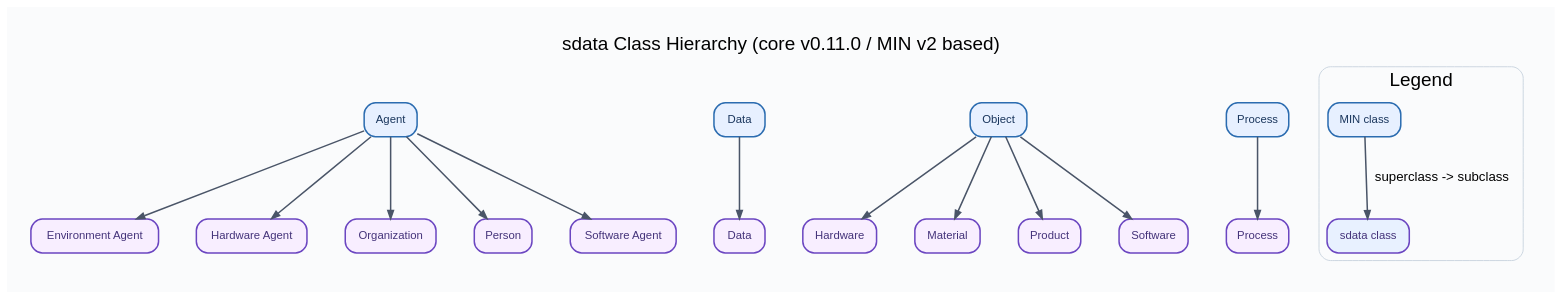
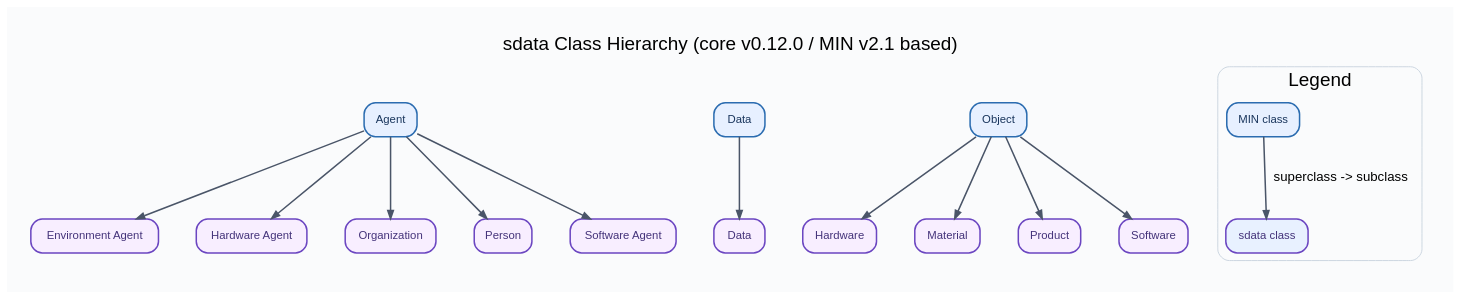
One commit to lepy/sdata-ontology changed the diagram in docs/diagrams/sdata-class-hierarchy.dot. Above: the diagram before and after it, drawn with Graphviz. The commit also changed 53 other files, not shown here.

Commit message:
Update to sdata-core v0.12.0 and MIN v2.1.0; refresh plots/docs

```diff
--- a/docs/diagrams/sdata-class-hierarchy.dot
+++ b/docs/diagrams/sdata-class-hierarchy.dot
@@ -1,119 +1,110 @@
 digraph "" {
 	graph [bgcolor="#FAFBFC",
 		fontname=Helvetica,
 		fontsize=20,
-		label="sdata Class Hierarchy (core v0.11.0 / MIN v2 based)",
+		label="sdata Class Hierarchy (core v0.12.0 / MIN v2.1 based)",
 		labeljust=c,
 		labelloc=t,
 		nodesep=0.55,
 		overlap=false,
 		pad=0.35,
 		rankdir=TB,
 		ranksep=1.0,
 		splines=true
 	];
 	node [fontname=Helvetica,
 		fontsize=12,
 		label="\N",
 		margin="0.14,0.08",
 		penwidth=1.6,
 		shape=box,
 		style="filled,rounded"
 	];
 	edge [arrowsize=0.85,
 		color="#4A5568",
 		fontname=Helvetica,
 		penwidth=1.6
 	];
 	subgraph min_rank {
 		graph [rank=same,
 			style=invis
 		];
 		"https://w3id.org/min#Agent"	[color="#2B6CB0",
 			fillcolor="#E7F0FF",
 			fontcolor="#1A365D",
 			label=Agent];
 		"https://w3id.org/min#Data"	[color="#2B6CB0",
 			fillcolor="#E7F0FF",
 			fontcolor="#1A365D",
 			label=Data];
 		"https://w3id.org/min#Object"	[color="#2B6CB0",
 			fillcolor="#E7F0FF",
 			fontcolor="#1A365D",
 			label=Object];
-		"https://w3id.org/min#Process"	[color="#2B6CB0",
-			fillcolor="#E7F0FF",
-			fontcolor="#1A365D",
-			label=Process];
 	}
 	subgraph cluster_legend {
 		graph [color="#CBD5E0",
 			label=Legend,
 			style=rounded
 		];
 		legend_min	[color="#2B6CB0",
 			fillcolor="#E7F0FF",
 			fontcolor="#1A365D",
 			label="MIN class"];
 		legend_sdata	[color="#6B46C1",
 			fillcolor="#E8F1FF",
 			fontcolor="#44337A",
 			label="sdata class"];
 		legend_min -> legend_sdata	[label="superclass -> subclass"];
 	}
 	"https://w3id.org/sdata/core/EnvironmentAgent"	[color="#6B46C1",
 		fillcolor="#F8EEFF",
 		fontcolor="#44337A",
 		label="Environment Agent"];
 	"https://w3id.org/min#Agent" -> "https://w3id.org/sdata/core/EnvironmentAgent";
 	"https://w3id.org/sdata/core/HardwareAgent"	[color="#6B46C1",
 		fillcolor="#F8EEFF",
 		fontcolor="#44337A",
 		label="Hardware Agent"];
 	"https://w3id.org/min#Agent" -> "https://w3id.org/sdata/core/HardwareAgent";
 	"https://w3id.org/sdata/core/Organization"	[color="#6B46C1",
 		fillcolor="#F8EEFF",
 		fontcolor="#44337A",
 		label=Organization];
 	"https://w3id.org/min#Agent" -> "https://w3id.org/sdata/core/Organization";
 	"https://w3id.org/sdata/core/Person"	[color="#6B46C1",
 		fillcolor="#F8EEFF",
 		fontcolor="#44337A",
 		label=Person];
 	"https://w3id.org/min#Agent" -> "https://w3id.org/sdata/core/Person";
 	"https://w3id.org/sdata/core/SoftwareAgent"	[color="#6B46C1",
 		fillcolor="#F8EEFF",
 		fontcolor="#44337A",
 		label="Software Agent"];
 	"https://w3id.org/min#Agent" -> "https://w3id.org/sdata/core/SoftwareAgent";
 	"https://w3id.org/sdata/core/Data"	[color="#6B46C1",
 		fillcolor="#F8EEFF",
 		fontcolor="#44337A",
 		label=Data];
 	"https://w3id.org/min#Data" -> "https://w3id.org/sdata/core/Data";
 	"https://w3id.org/sdata/core/Hardware"	[color="#6B46C1",
 		fillcolor="#F8EEFF",
 		fontcolor="#44337A",
 		label=Hardware];
 	"https://w3id.org/min#Object" -> "https://w3id.org/sdata/core/Hardware";
 	"https://w3id.org/sdata/core/Material"	[color="#6B46C1",
 		fillcolor="#F8EEFF",
 		fontcolor="#44337A",
 		label=Material];
 	"https://w3id.org/min#Object" -> "https://w3id.org/sdata/core/Material";
 	"https://w3id.org/sdata/core/Product"	[color="#6B46C1",
 		fillcolor="#F8EEFF",
 		fontcolor="#44337A",
 		label=Product];
 	"https://w3id.org/min#Object" -> "https://w3id.org/sdata/core/Product";
 	"https://w3id.org/sdata/core/Software"	[color="#6B46C1",
 		fillcolor="#F8EEFF",
 		fontcolor="#44337A",
 		label=Software];
 	"https://w3id.org/min#Object" -> "https://w3id.org/sdata/core/Software";
-	"https://w3id.org/sdata/core/Process"	[color="#6B46C1",
-		fillcolor="#F8EEFF",
-		fontcolor="#44337A",
-		label=Process];
-	"https://w3id.org/min#Process" -> "https://w3id.org/sdata/core/Process";
 }
```
